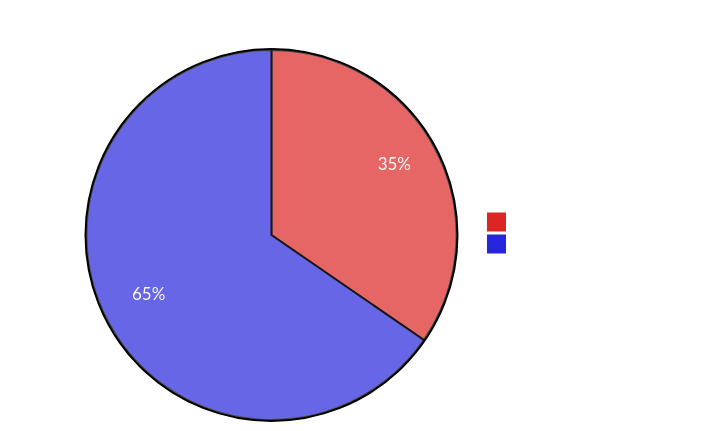
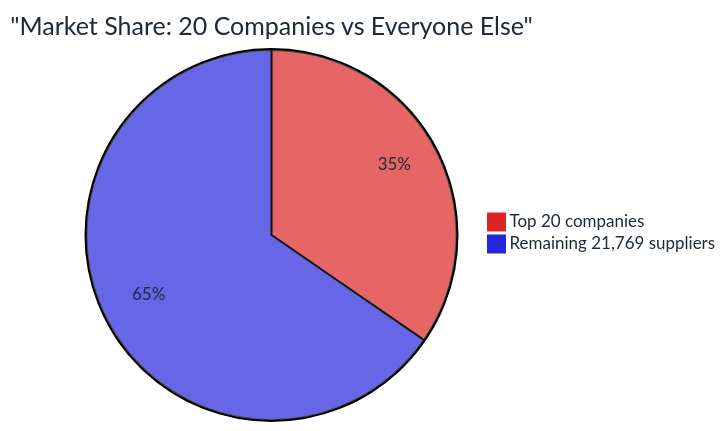
The first of 6 diagrams in federal-report.md (taxpayer-money/act-contracts), drawn with Mermaid before and after one commit. The commit also changed other lines of this file, not shown here.

First line of the commit message:
Fix federal report Mermaid legend colors

````diff
--- a/federal-report.md
+++ b/federal-report.md
@@ -13,6 +13,6 @@
 ```mermaid
-%%{init: {'theme':'base', 'themeVariables': { 'primaryColor':'#dc2626','primaryTextColor':'#fff'}}}%%
+%%{init: {'theme':'base', 'themeVariables': { 'primaryColor':'#dc2626','primaryTextColor':'#1e293b'}}}%%
 pie title "Market Share: 20 Companies vs Everyone Else"
     "Top 20 companies" : 34.6
     "Remaining 21,769 suppliers" : 65.4
 ```
````
